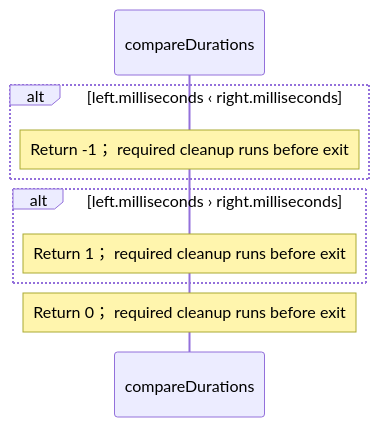
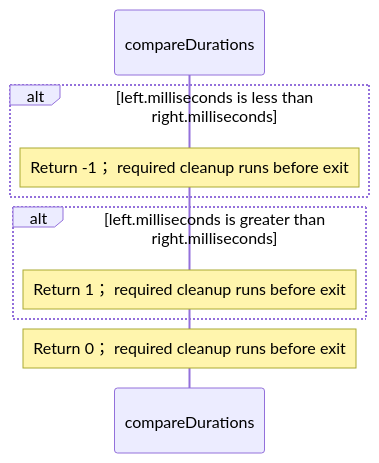
The eighth of 8 diagrams in src/stdlib/values/durations.aug.diagrams.md (GreenPandaStudios/augscript), drawn with Mermaid before and after one commit. The commit also changed other lines of this file and 658 other files, not shown here.

````diff
--- a/src/stdlib/values/durations.aug.diagrams.md
+++ b/src/stdlib/values/durations.aug.diagrams.md
@@ -245,12 +277,12 @@
 ```mermaid
 sequenceDiagram
     participant p0 as compareDurations
 
-    alt left.milliseconds ‹ right.milliseconds
+    alt left.milliseconds is less than right.milliseconds
     Note over p0: Return -1； required cleanup runs before exit
     end
-    alt left.milliseconds › right.milliseconds
+    alt left.milliseconds is greater than right.milliseconds
     Note over p0: Return 1； required cleanup runs before exit
     end
     Note over p0: Return 0； required cleanup runs before exit
 ```
````
